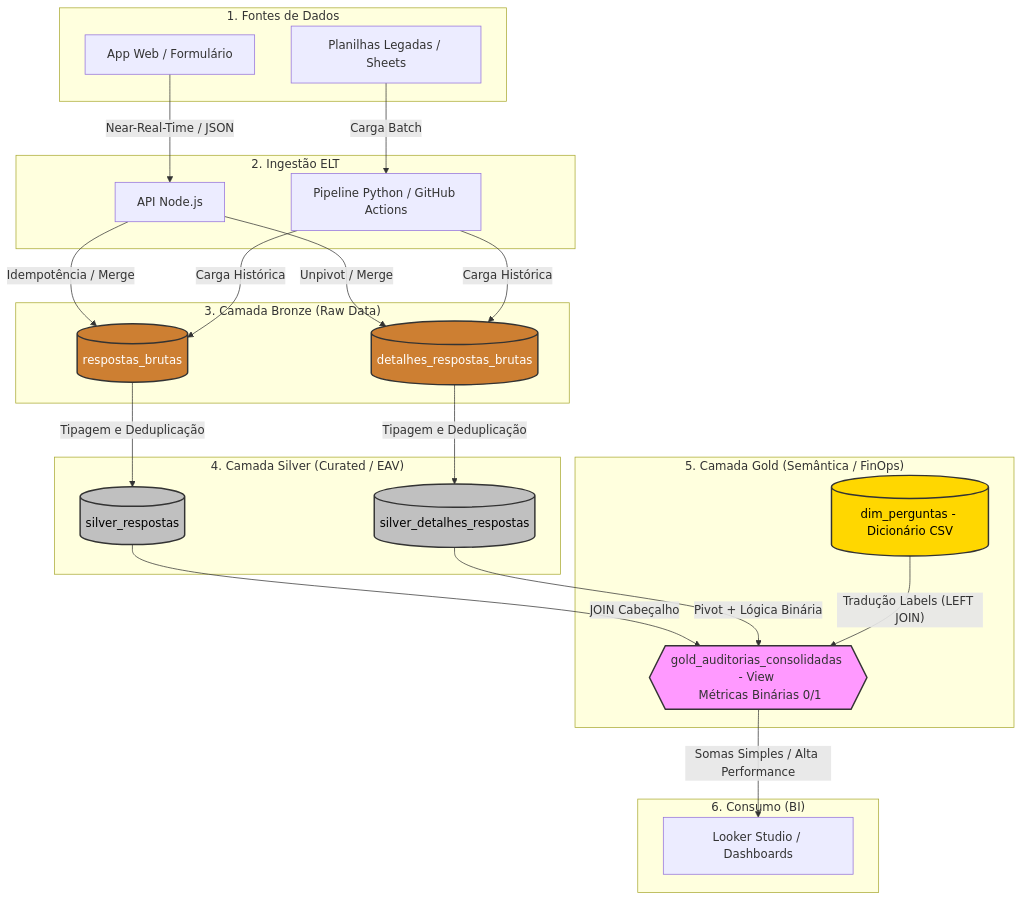
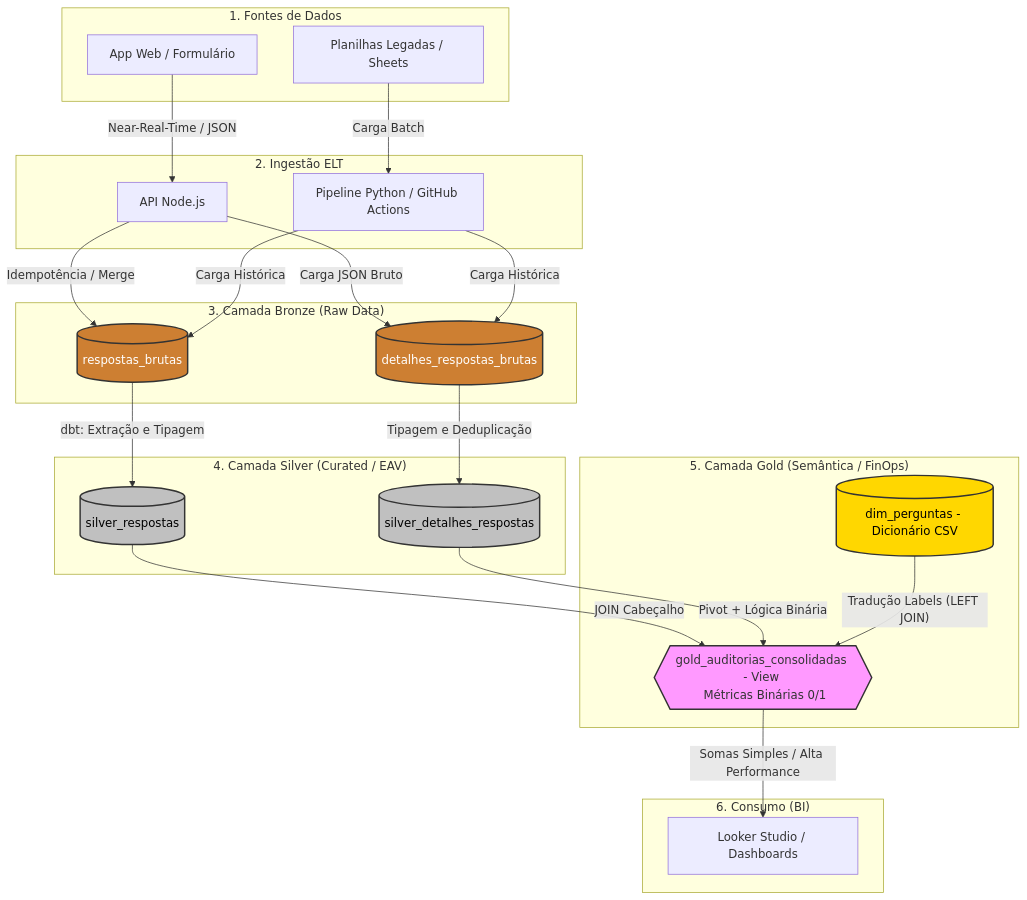
The diagram in README.md (qualidadehsr-rgb/auditoria-de-prontuarios), drawn with Mermaid before and after one commit. The commit also changed other lines of this file and 1 other file, not shown here.

Commit message:
docs: finaliza readme e guia de contribuição com regras de dbt

````diff
--- a/README.md
+++ b/README.md
@@ -16,60 +16,60 @@
 ```mermaid
 graph TD
     subgraph "1. Fontes de Dados"
         A[App Web / Formulário]
         B[Planilhas Legadas / Sheets]
     end
 
     subgraph "2. Ingestão ELT"
         C[API Node.js]
         D[Pipeline Python / GitHub Actions]
     end
 
     subgraph "3. Camada Bronze (Raw Data)"
         E[(respostas_brutas)]
         F[(detalhes_respostas_brutas)]
     end
 
     subgraph "4. Camada Silver (Curated / EAV)"
         G[(silver_respostas)]
         H[(silver_detalhes_respostas)]
     end
 
     subgraph "5. Camada Gold (Semântica / FinOps)"
         I[(dim_perguntas - Dicionário CSV)]
         J{{gold_auditorias_consolidadas - View <br/> Métricas Binárias 0/1}}
     end
 
     subgraph "6. Consumo (BI)"
         K[Looker Studio / Dashboards]
     end
 
     %% Relacionamentos e Fluxos
     A -->|Near-Real-Time / JSON| C
     B -->|Carga Batch| D
     
     C -->|Idempotência / Merge| E
-    C -->|Unpivot / Merge| F
+    C -->|Carga JSON Bruto| F
     D -->|Carga Histórica| E
     D -->|Carga Histórica| F
     
-    E -->|Tipagem e Deduplicação| G
+    E -->|dbt: Extração e Tipagem| G
     F -->|Tipagem e Deduplicação| H
     
     G -->|JOIN Cabeçalho| J
     H -->|Pivot + Lógica Binária| J
     I -->|"Tradução Labels (LEFT JOIN)"| J
     
     J -->|Somas Simples / Alta Performance| K
 
     %% Estilização do Diagrama
     classDef bronze fill:#CD7F32,stroke:#333,stroke-width:2px,color:#fff;
     classDef silver fill:#C0C0C0,stroke:#333,stroke-width:2px,color:#000;
     classDef gold fill:#FFD700,stroke:#333,stroke-width:2px,color:#000;
     classDef view fill:#f9f,stroke:#333,stroke-width:2px;
     
     class E,F bronze;
     class G,H silver;
     class I gold;
     class J view;
 ```
````
